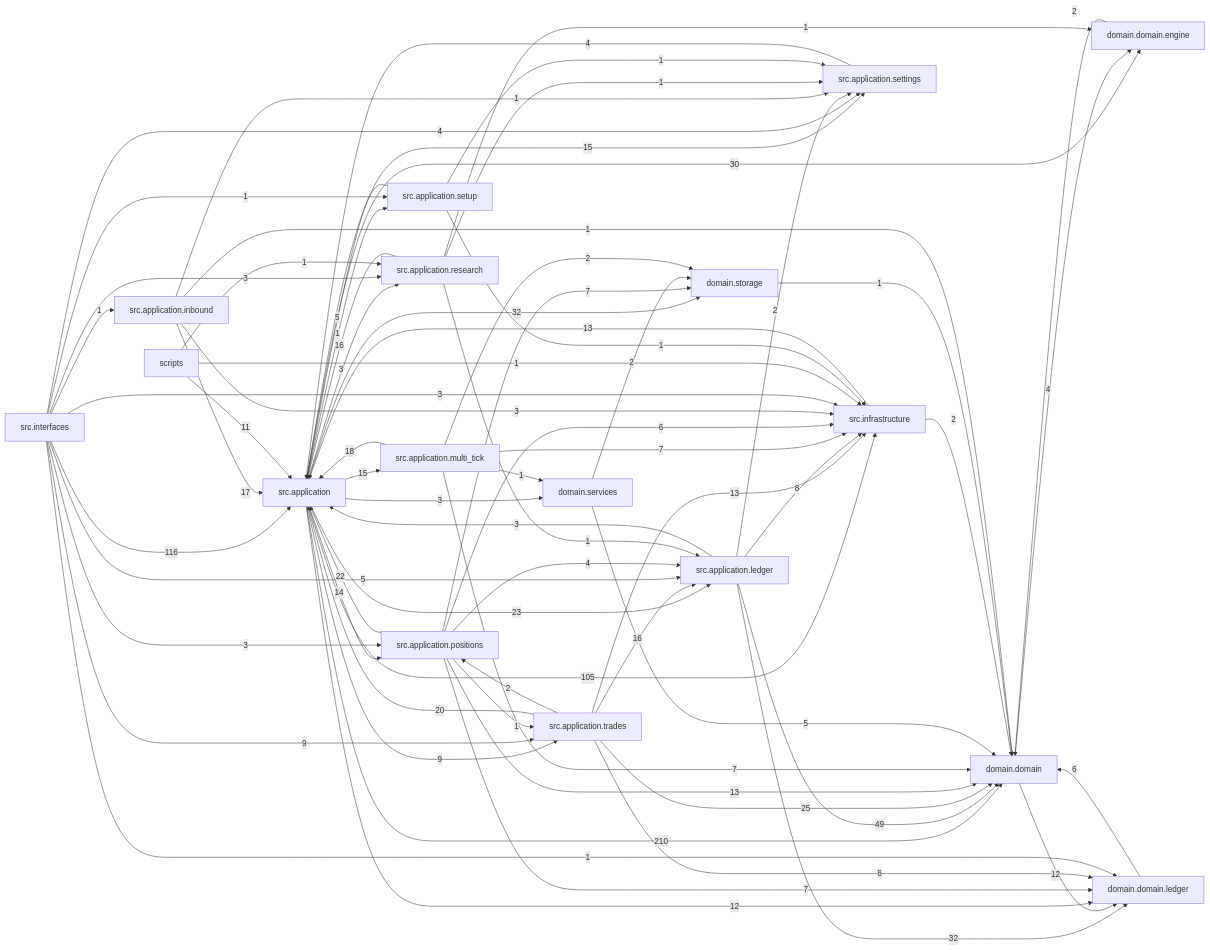
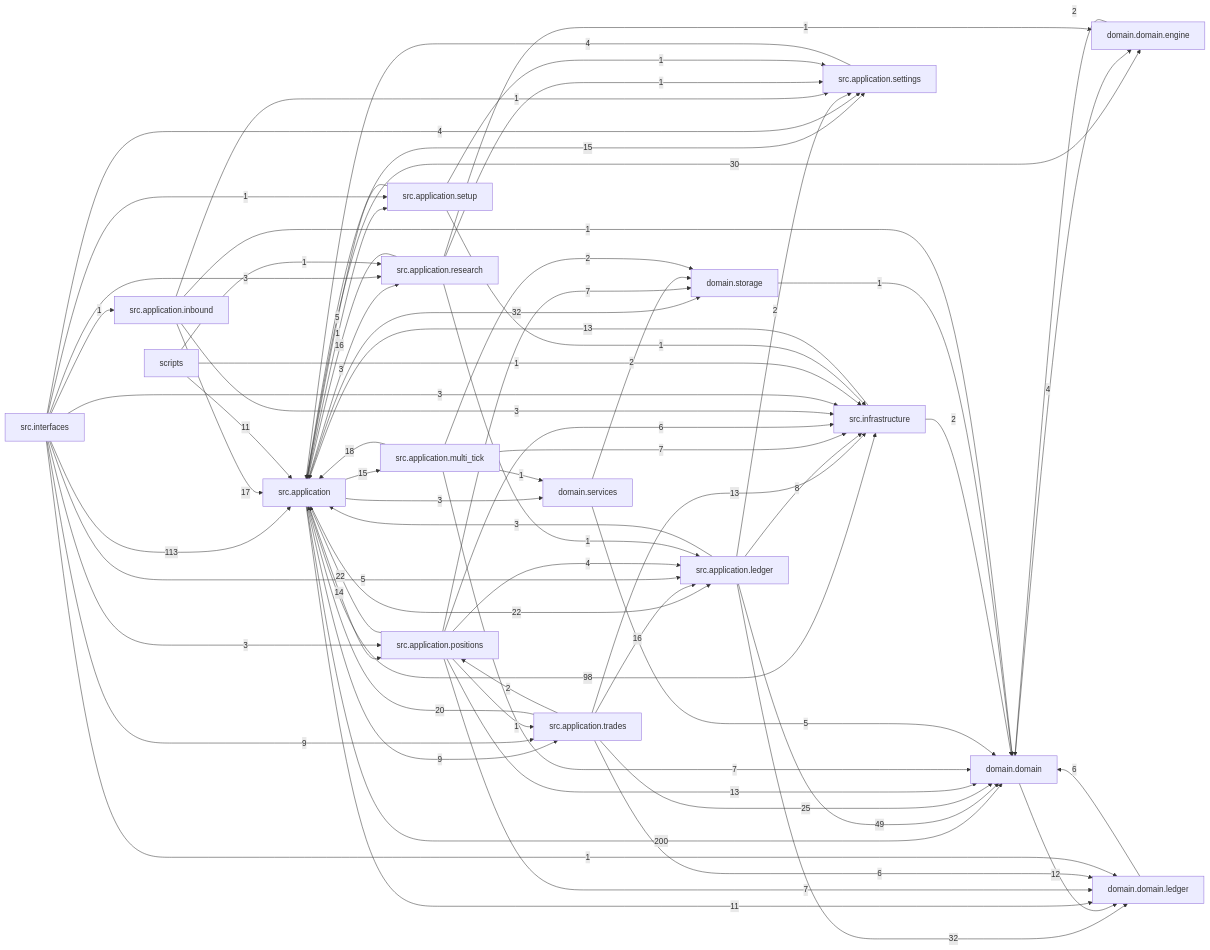
Before and after one commit to liuxie066/options-monitor: the diagram in docs/dependency_graph.mmd, drawn with Mermaid. The commit also changed 73 other files, not shown here.

```diff
--- a/docs/dependency_graph.mmd
+++ b/docs/dependency_graph.mmd
@@ -1,71 +1,71 @@
 flowchart LR
-  src_application["src.application"] -->|210| domain_domain["domain.domain"]
-  src_interfaces["src.interfaces"] -->|116| src_application["src.application"]
-  src_application["src.application"] -->|105| src_infrastructure["src.infrastructure"]
+  src_application["src.application"] -->|200| domain_domain["domain.domain"]
+  src_interfaces["src.interfaces"] -->|113| src_application["src.application"]
+  src_application["src.application"] -->|98| src_infrastructure["src.infrastructure"]
   src_application_ledger["src.application.ledger"] -->|49| domain_domain["domain.domain"]
   src_application["src.application"] -->|32| domain_storage["domain.storage"]
   src_application_ledger["src.application.ledger"] -->|32| domain_domain_ledger["domain.domain.ledger"]
   src_application["src.application"] -->|30| domain_domain_engine["domain.domain.engine"]
   src_application_trades["src.application.trades"] -->|25| domain_domain["domain.domain"]
-  src_application["src.application"] -->|23| src_application_ledger["src.application.ledger"]
+  src_application["src.application"] -->|22| src_application_ledger["src.application.ledger"]
   src_application_positions["src.application.positions"] -->|22| src_application["src.application"]
   src_application_trades["src.application.trades"] -->|20| src_application["src.application"]
   src_application_multi_tick["src.application.multi_tick"] -->|18| src_application["src.application"]
   src_application_inbound["src.application.inbound"] -->|17| src_application["src.application"]
   src_application_research["src.application.research"] -->|16| src_application["src.application"]
   src_application_trades["src.application.trades"] -->|16| src_application_ledger["src.application.ledger"]
   src_application["src.application"] -->|15| src_application_multi_tick["src.application.multi_tick"]
   src_application["src.application"] -->|15| src_application_settings["src.application.settings"]
   src_application["src.application"] -->|14| src_application_positions["src.application.positions"]
   src_application_positions["src.application.positions"] -->|13| domain_domain["domain.domain"]
   src_application_trades["src.application.trades"] -->|13| src_infrastructure["src.infrastructure"]
   src_infrastructure["src.infrastructure"] -->|13| src_application["src.application"]
   domain_domain["domain.domain"] -->|12| domain_domain_ledger["domain.domain.ledger"]
-  src_application["src.application"] -->|12| domain_domain_ledger["domain.domain.ledger"]
   scripts["scripts"] -->|11| src_application["src.application"]
+  src_application["src.application"] -->|11| domain_domain_ledger["domain.domain.ledger"]
   src_application["src.application"] -->|9| src_application_trades["src.application.trades"]
   src_interfaces["src.interfaces"] -->|9| src_application_trades["src.application.trades"]
   src_application_ledger["src.application.ledger"] -->|8| src_infrastructure["src.infrastructure"]
   src_application_multi_tick["src.application.multi_tick"] -->|7| domain_domain["domain.domain"]
   src_application_multi_tick["src.application.multi_tick"] -->|7| src_infrastructure["src.infrastructure"]
   src_application_positions["src.application.positions"] -->|7| domain_domain_ledger["domain.domain.ledger"]
   src_application_positions["src.application.positions"] -->|7| domain_storage["domain.storage"]
   domain_domain_ledger["domain.domain.ledger"] -->|6| domain_domain["domain.domain"]
   src_application_positions["src.application.positions"] -->|6| src_infrastructure["src.infrastructure"]
   src_application_trades["src.application.trades"] -->|6| domain_domain_ledger["domain.domain.ledger"]
   domain_services["domain.services"] -->|5| domain_domain["domain.domain"]
   src_application_setup["src.application.setup"] -->|5| src_application["src.application"]
   src_interfaces["src.interfaces"] -->|5| src_application_ledger["src.application.ledger"]
   domain_domain["domain.domain"] -->|4| domain_domain_engine["domain.domain.engine"]
   src_application_positions["src.application.positions"] -->|4| src_application_ledger["src.application.ledger"]
   src_application_settings["src.application.settings"] -->|4| src_application["src.application"]
   src_interfaces["src.interfaces"] -->|4| src_application_settings["src.application.settings"]
   src_application["src.application"] -->|3| domain_services["domain.services"]
   src_application["src.application"] -->|3| src_application_research["src.application.research"]
   src_application_inbound["src.application.inbound"] -->|3| src_infrastructure["src.infrastructure"]
   src_application_ledger["src.application.ledger"] -->|3| src_application["src.application"]
   src_interfaces["src.interfaces"] -->|3| src_application_positions["src.application.positions"]
   src_interfaces["src.interfaces"] -->|3| src_application_research["src.application.research"]
   src_interfaces["src.interfaces"] -->|3| src_infrastructure["src.infrastructure"]
   domain_domain_engine["domain.domain.engine"] -->|2| domain_domain["domain.domain"]
   domain_services["domain.services"] -->|2| domain_storage["domain.storage"]
   src_application_ledger["src.application.ledger"] -->|2| src_application_settings["src.application.settings"]
   src_application_multi_tick["src.application.multi_tick"] -->|2| domain_storage["domain.storage"]
   src_application_trades["src.application.trades"] -->|2| src_application_positions["src.application.positions"]
   src_infrastructure["src.infrastructure"] -->|2| domain_domain["domain.domain"]
   domain_storage["domain.storage"] -->|1| domain_domain["domain.domain"]
   scripts["scripts"] -->|1| src_application_research["src.application.research"]
   scripts["scripts"] -->|1| src_infrastructure["src.infrastructure"]
   src_application["src.application"] -->|1| src_application_setup["src.application.setup"]
   src_application_inbound["src.application.inbound"] -->|1| domain_domain["domain.domain"]
   src_application_inbound["src.application.inbound"] -->|1| src_application_settings["src.application.settings"]
   src_application_multi_tick["src.application.multi_tick"] -->|1| domain_services["domain.services"]
   src_application_positions["src.application.positions"] -->|1| src_application_trades["src.application.trades"]
   src_application_research["src.application.research"] -->|1| domain_domain_engine["domain.domain.engine"]
   src_application_research["src.application.research"] -->|1| src_application_ledger["src.application.ledger"]
   src_application_research["src.application.research"] -->|1| src_application_settings["src.application.settings"]
   src_application_setup["src.application.setup"] -->|1| src_application_settings["src.application.settings"]
   src_application_setup["src.application.setup"] -->|1| src_infrastructure["src.infrastructure"]
   src_interfaces["src.interfaces"] -->|1| domain_domain_ledger["domain.domain.ledger"]
   src_interfaces["src.interfaces"] -->|1| src_application_inbound["src.application.inbound"]
   src_interfaces["src.interfaces"] -->|1| src_application_setup["src.application.setup"]
```
